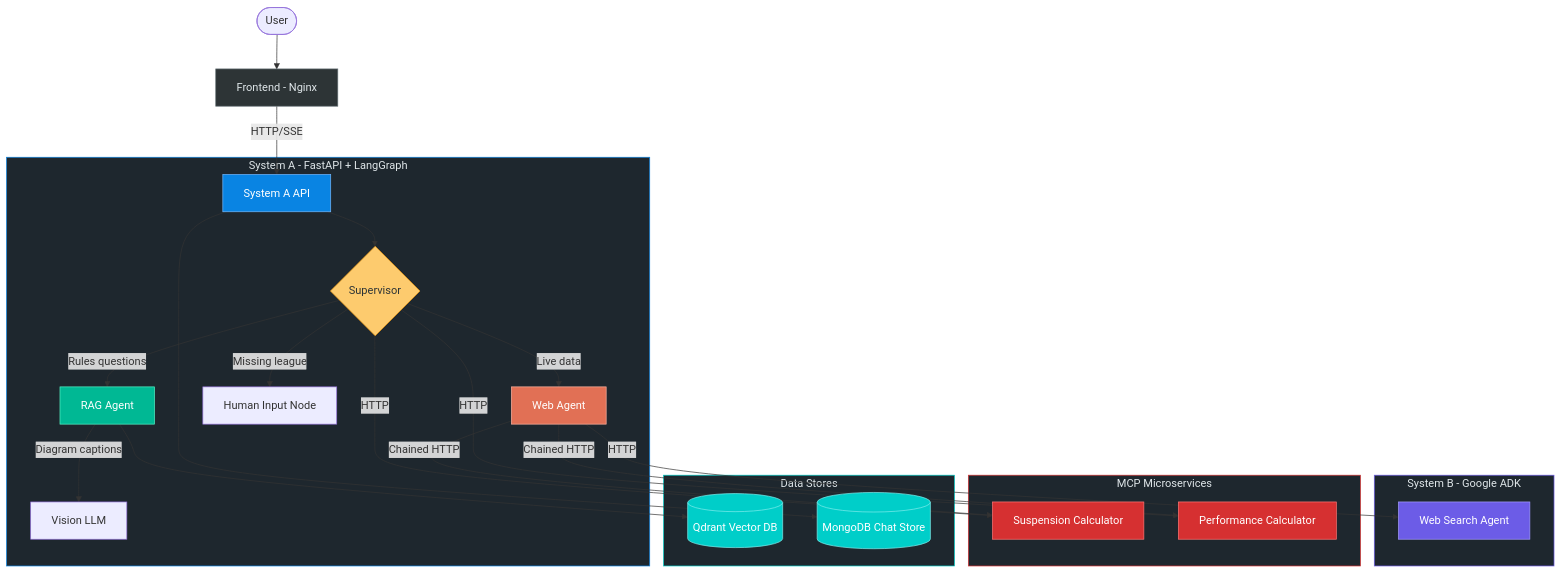
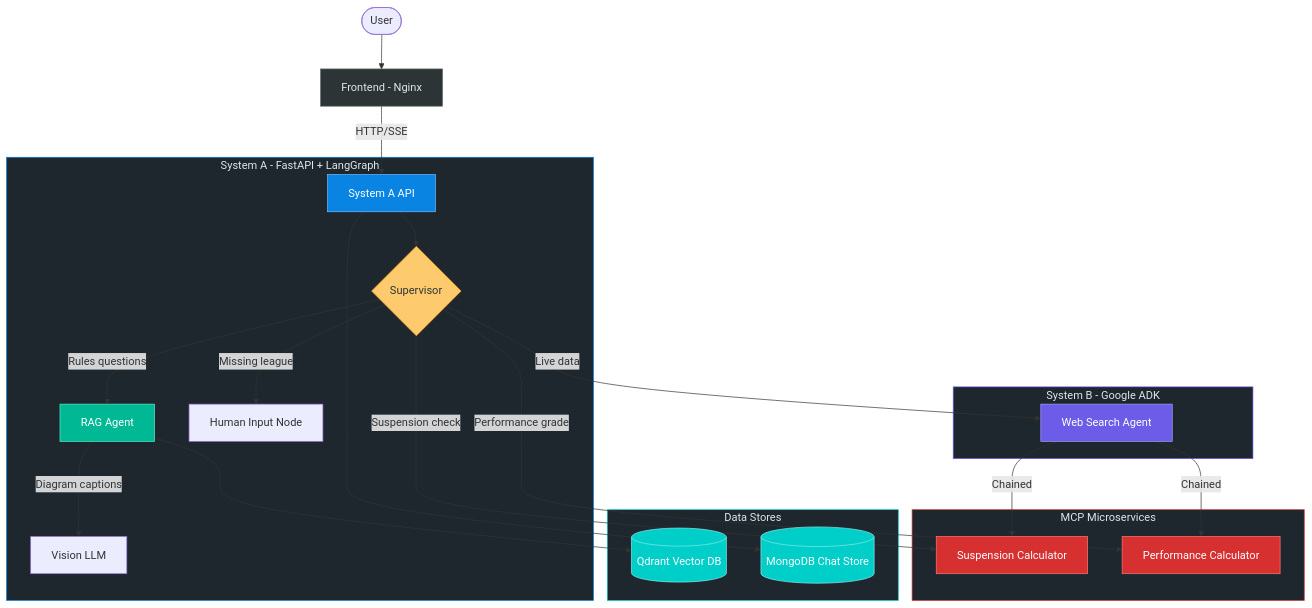
The diagram in README.md (AndreELCHAM/basketball-multiagent-assistant), drawn with Mermaid before and after one commit.

Commit message:
update readme again

````diff
--- a/README.md
+++ b/README.md
@@ -11,50 +11,48 @@
 ```mermaid
 graph TB
     User([User]) --> Frontend[Frontend - Nginx]
     Frontend --> |HTTP/SSE| SystemA
 
     subgraph SystemA_Group["System A - FastAPI + LangGraph"]
         SystemA[System A API] --> Supervisor{Supervisor}
         Supervisor --> |Rules questions| RAG[RAG Agent]
-        Supervisor --> |Live data| Web[Web Agent]
         Supervisor --> |Missing league| HumanInput[Human Input Node]
         RAG --> |Diagram captions| VLM[Vision LLM]
     end
 
     subgraph SystemB_Group["System B - Google ADK"]
         SystemB[Web Search Agent]
     end
 
     subgraph MCP_Group["MCP Microservices"]
         MCP_S[Suspension Calculator]
         MCP_P[Performance Calculator]
     end
 
     subgraph Data_Group["Data Stores"]
         Qdrant[(Qdrant Vector DB)]
         MongoDB[(MongoDB Chat Store)]
     end
 
-    Web --> |HTTP| SystemB
-    Supervisor --> |HTTP| MCP_S
-    Supervisor --> |HTTP| MCP_P
-    Web --> |Chained HTTP| MCP_S
-    Web --> |Chained HTTP| MCP_P
+    Supervisor --> |Live data| SystemB
+    Supervisor --> |Suspension check| MCP_S
+    Supervisor --> |Performance grade| MCP_P
+    SystemB --> |Chained| MCP_S
+    SystemB --> |Chained| MCP_P
     RAG --> Qdrant
     SystemA --> MongoDB
 
     style Frontend fill:#2d3436,stroke:#636e72,color:#dfe6e9
     style SystemA fill:#0984e3,stroke:#74b9ff,color:#fff
     style SystemB fill:#6c5ce7,stroke:#a29bfe,color:#fff
     style Supervisor fill:#fdcb6e,stroke:#f39c12,color:#2d3436
     style RAG fill:#00b894,stroke:#55efc4,color:#fff
-    style Web fill:#e17055,stroke:#fab1a0,color:#fff
     style MCP_S fill:#d63031,stroke:#ff7675,color:#fff
     style MCP_P fill:#d63031,stroke:#ff7675,color:#fff
     style Qdrant fill:#00cec9,stroke:#81ecec,color:#fff
     style MongoDB fill:#00cec9,stroke:#81ecec,color:#fff
     style SystemA_Group fill:#1e272e,stroke:#0984e3,color:#dfe6e9
     style SystemB_Group fill:#1e272e,stroke:#6c5ce7,color:#dfe6e9
     style MCP_Group fill:#1e272e,stroke:#d63031,color:#dfe6e9
     style Data_Group fill:#1e272e,stroke:#00cec9,color:#dfe6e9
 ```
````
